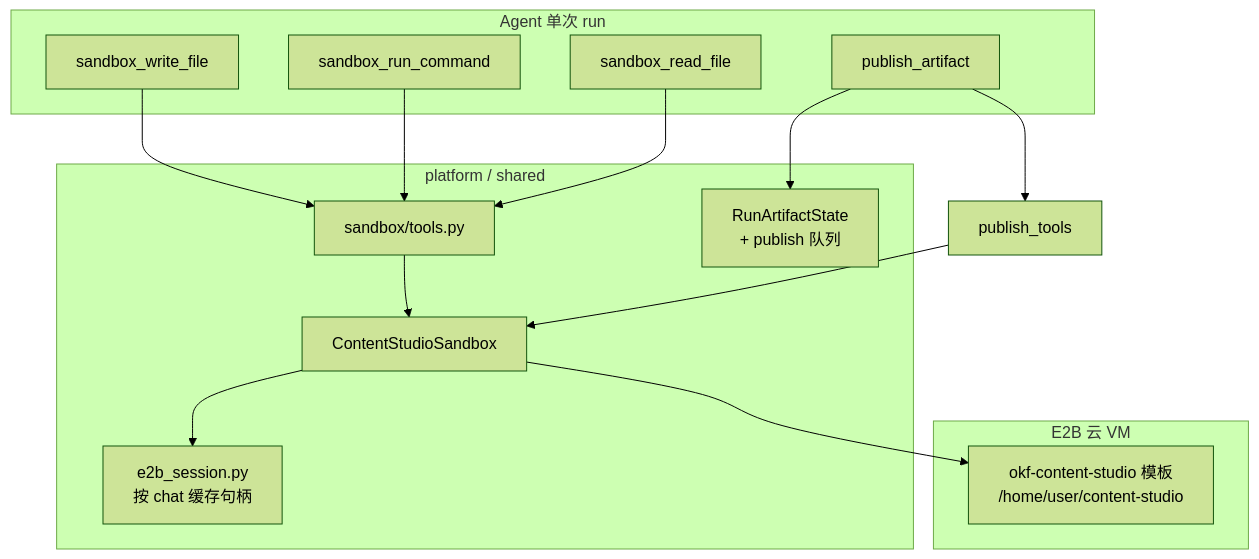
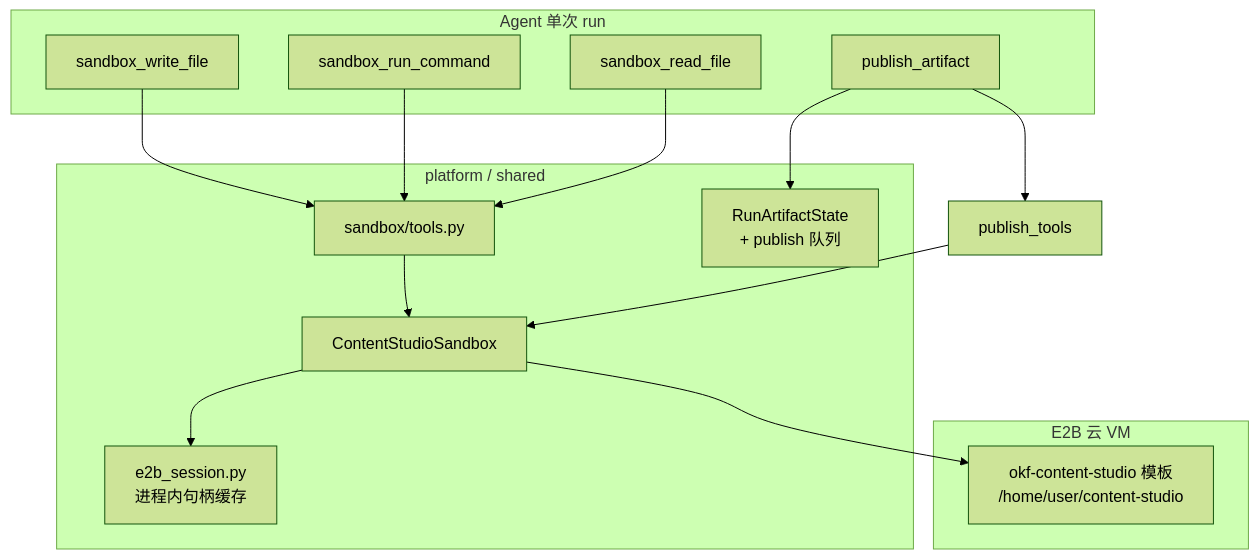
The first of 3 diagrams in docs/SANDBOX.md (abigail830/cow-agent), drawn with Mermaid (forest theme) before and after one commit. The commit also changed other lines of this file, not shown here.

First line of the commit message:
Expand sandbox docs with lifecycle gaps, security notes, and improvement roadmap.

````diff
--- a/docs/SANDBOX.md
+++ b/docs/SANDBOX.md
@@ -26,25 +26,25 @@
 ```mermaid
 flowchart TB
     subgraph AgentLoop["Agent 单次 run"]
         T1["sandbox_write_file"]
         T2["sandbox_run_command"]
         T3["sandbox_read_file"]
         T4["publish_artifact"]
     end
 
     subgraph Platform["platform / shared"]
         Tools["sandbox/tools.py"]
         Provider["ContentStudioSandbox"]
-        Session["e2b_session.py<br/>按 chat 缓存句柄"]
+        Session["e2b_session.py<br/>进程内句柄缓存"]
         Artifact["RunArtifactState<br/>+ publish 队列"]
     end
 
     subgraph Remote["E2B 云 VM"]
         VM["okf-content-studio 模板<br/>/home/user/content-studio"]
     end
 
     T1 & T2 & T3 --> Tools --> Provider --> Session
     T4 --> publish_tools --> Provider
     T4 --> Artifact
     Provider --> VM
 ```
````
